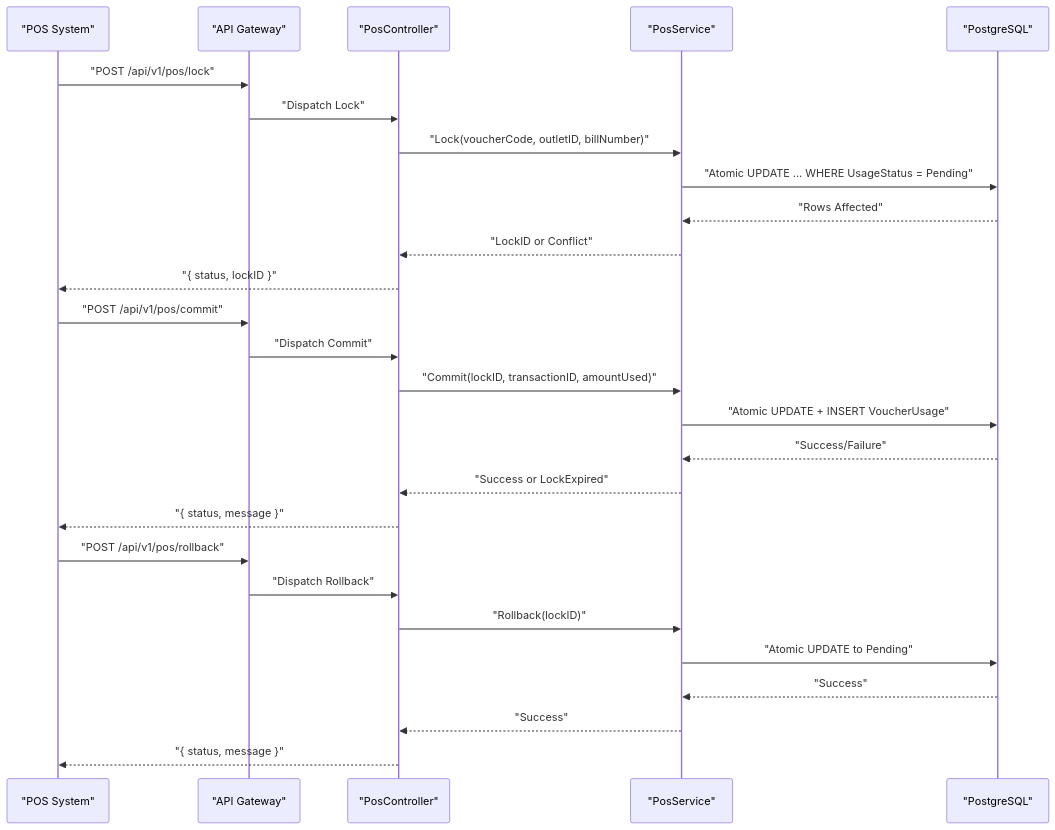
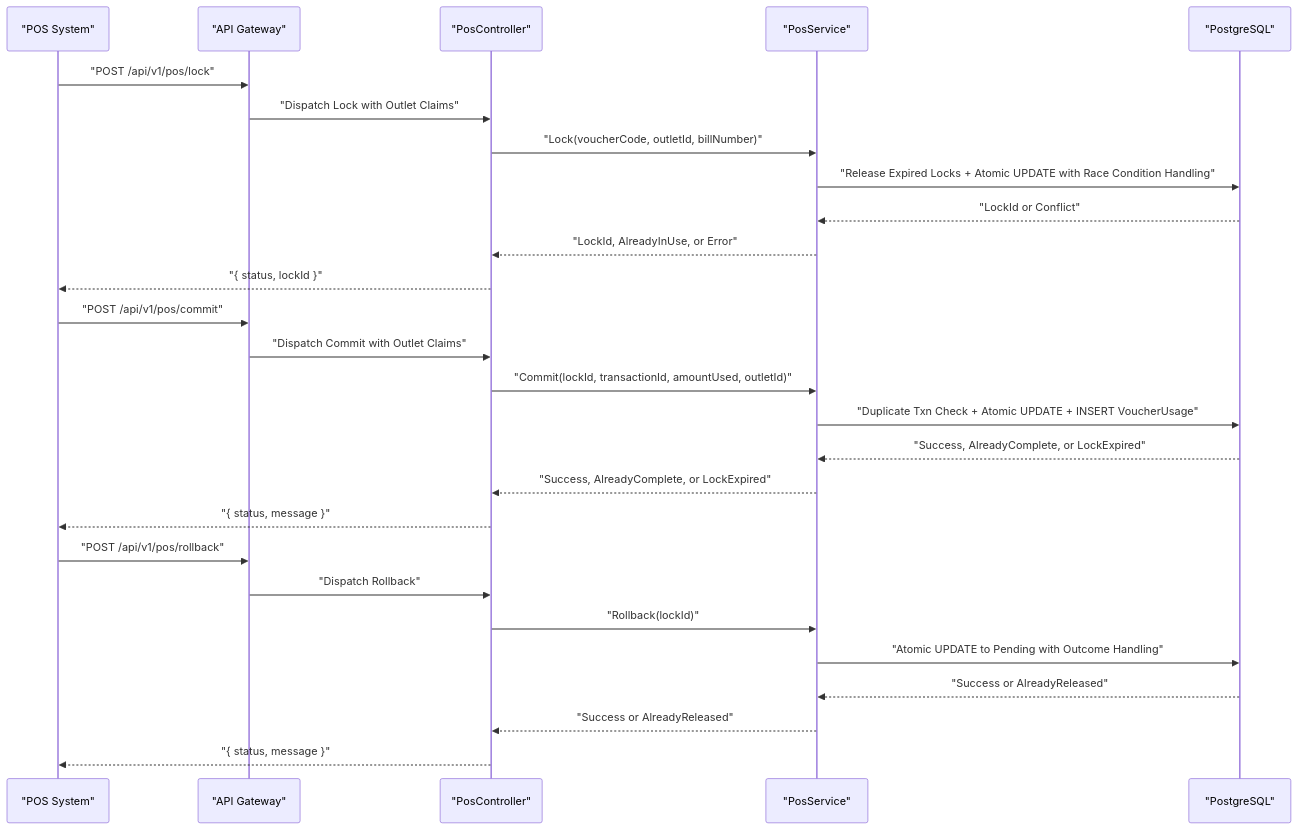
The seventh of 8 diagrams in .qoder/repowiki/en/content/System Architecture/Security Architecture.md (lamhongbac/NonCash), drawn with Mermaid before and after one commit. The commit also changed other lines of this file and 13 other files, not shown here.

````diff
--- a/.qoder/repowiki/en/content/System Architecture/Security Architecture.md
+++ b/.qoder/repowiki/en/content/System Architecture/Security Architecture.md
@@ -306,29 +369,29 @@
 ```mermaid
 sequenceDiagram
 participant POS as "POS System"
 participant API as "API Gateway"
 participant PosCtrl as "PosController"
 participant PosSvc as "PosService"
 participant DB as "PostgreSQL"
 POS->>API : "POST /api/v1/pos/lock"
-API->>PosCtrl : "Dispatch Lock"
-PosCtrl->>PosSvc : "Lock(voucherCode, outletID, billNumber)"
-PosSvc->>DB : "Atomic UPDATE ... WHERE UsageStatus = Pending"
-DB-->>PosSvc : "Rows Affected"
-PosSvc-->>PosCtrl : "LockID or Conflict"
-PosCtrl-->>POS : "{ status, lockID }"
+API->>PosCtrl : "Dispatch Lock with Outlet Claims"
+PosCtrl->>PosSvc : "Lock(voucherCode, outletId, billNumber)"
+PosSvc->>DB : "Release Expired Locks + Atomic UPDATE with Race Condition Handling"
+DB-->>PosSvc : "LockId or Conflict"
+PosSvc-->>PosCtrl : "LockId, AlreadyInUse, or Error"
+PosCtrl-->>POS : "{ status, lockId }"
 POS->>API : "POST /api/v1/pos/commit"
-API->>PosCtrl : "Dispatch Commit"
-PosCtrl->>PosSvc : "Commit(lockID, transactionID, amountUsed)"
-PosSvc->>DB : "Atomic UPDATE + INSERT VoucherUsage"
-DB-->>PosSvc : "Success/Failure"
-PosSvc-->>PosCtrl : "Success or LockExpired"
+API->>PosCtrl : "Dispatch Commit with Outlet Claims"
+PosCtrl->>PosSvc : "Commit(lockId, transactionId, amountUsed, outletId)"
+PosSvc->>DB : "Duplicate Txn Check + Atomic UPDATE + INSERT VoucherUsage"
+DB-->>PosSvc : "Success, AlreadyComplete, or LockExpired"
+PosSvc-->>PosCtrl : "Success, AlreadyComplete, or LockExpired"
 PosCtrl-->>POS : "{ status, message }"
 POS->>API : "POST /api/v1/pos/rollback"
 API->>PosCtrl : "Dispatch Rollback"
-PosCtrl->>PosSvc : "Rollback(lockID)"
-PosSvc->>DB : "Atomic UPDATE to Pending"
-DB-->>PosSvc : "Success"
-PosSvc-->>PosCtrl : "Success"
+PosCtrl->>PosSvc : "Rollback(lockId)"
+PosSvc->>DB : "Atomic UPDATE to Pending with Outcome Handling"
+DB-->>PosSvc : "Success or AlreadyReleased"
+PosSvc-->>PosCtrl : "Success or AlreadyReleased"
 PosCtrl-->>POS : "{ status, message }"
 ```
````
